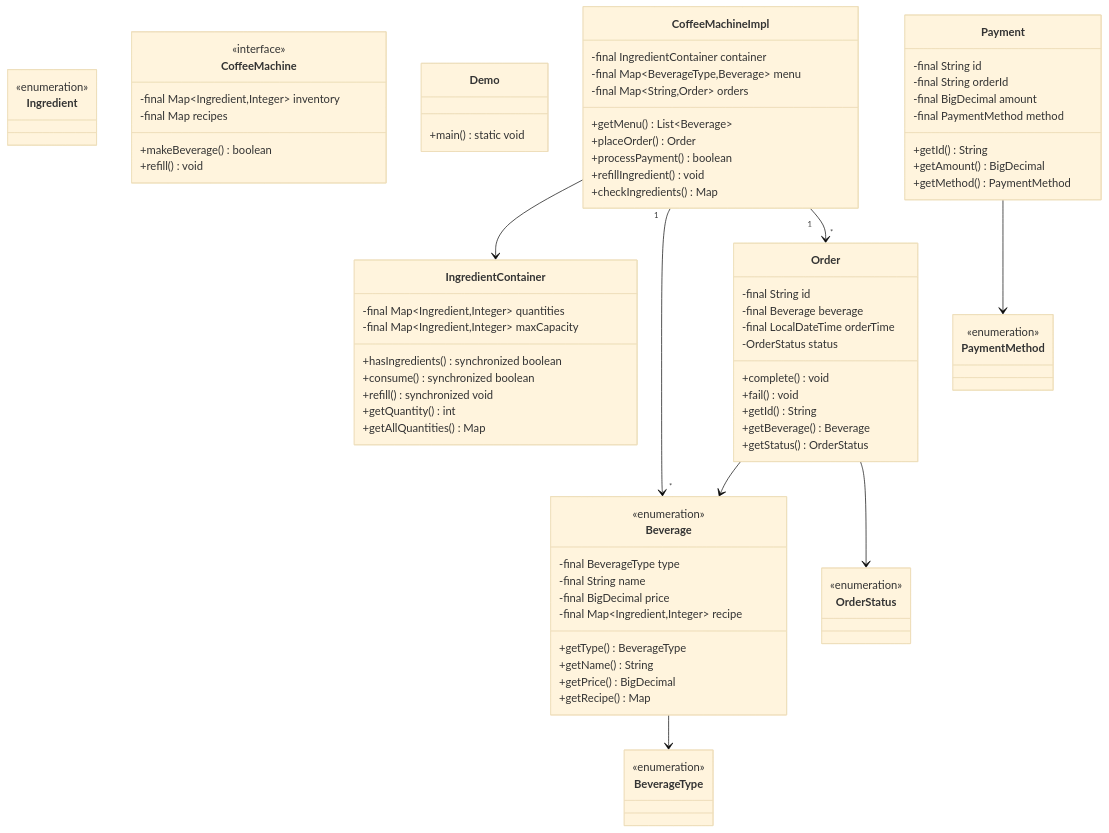
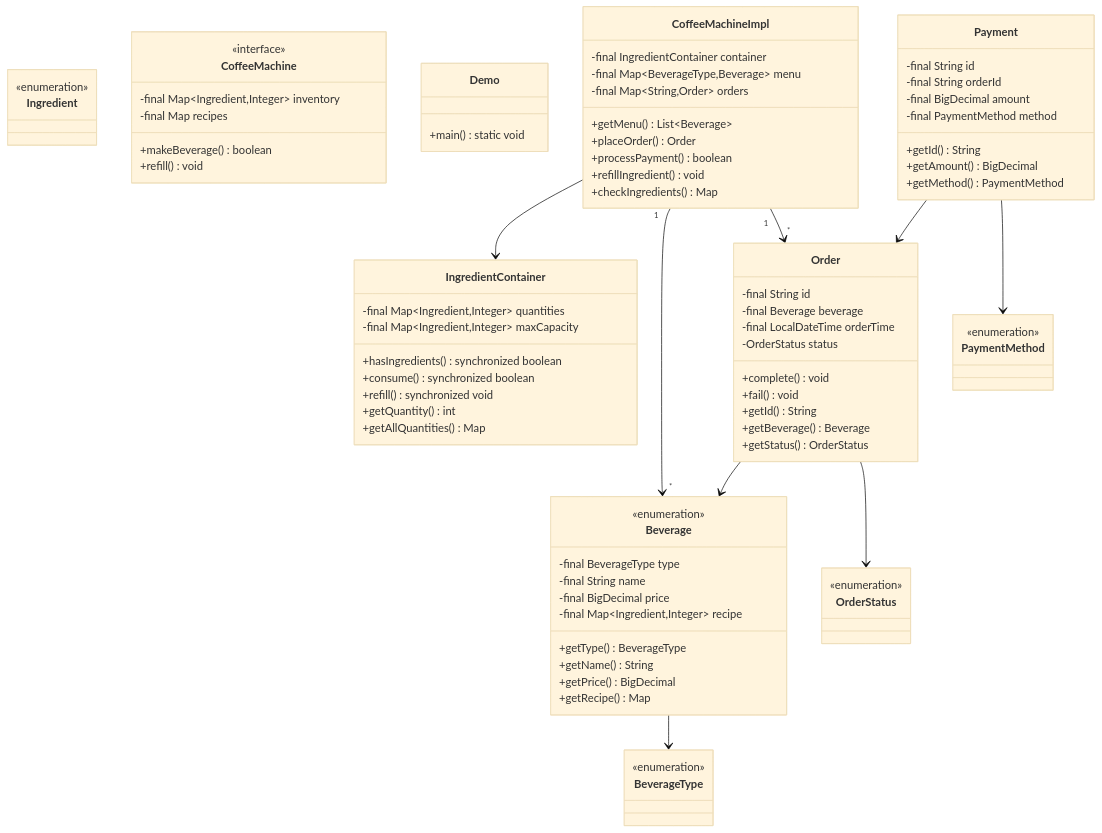
Before and after one commit to dlkr18/lld-playbook: the diagram in docs/problems/coffeemachine/README.md, drawn with Mermaid (base theme). The commit also changed 61 other files, not shown here.

````diff
--- a/docs/problems/coffeemachine/README.md
+++ b/docs/problems/coffeemachine/README.md
@@ -468,5 +468,6 @@
     CoffeeMachineImpl "1" --> "*" Order
     Order --> Beverage
     Order --> OrderStatus
+    Payment --> Order
     Payment --> PaymentMethod
 ```
````
